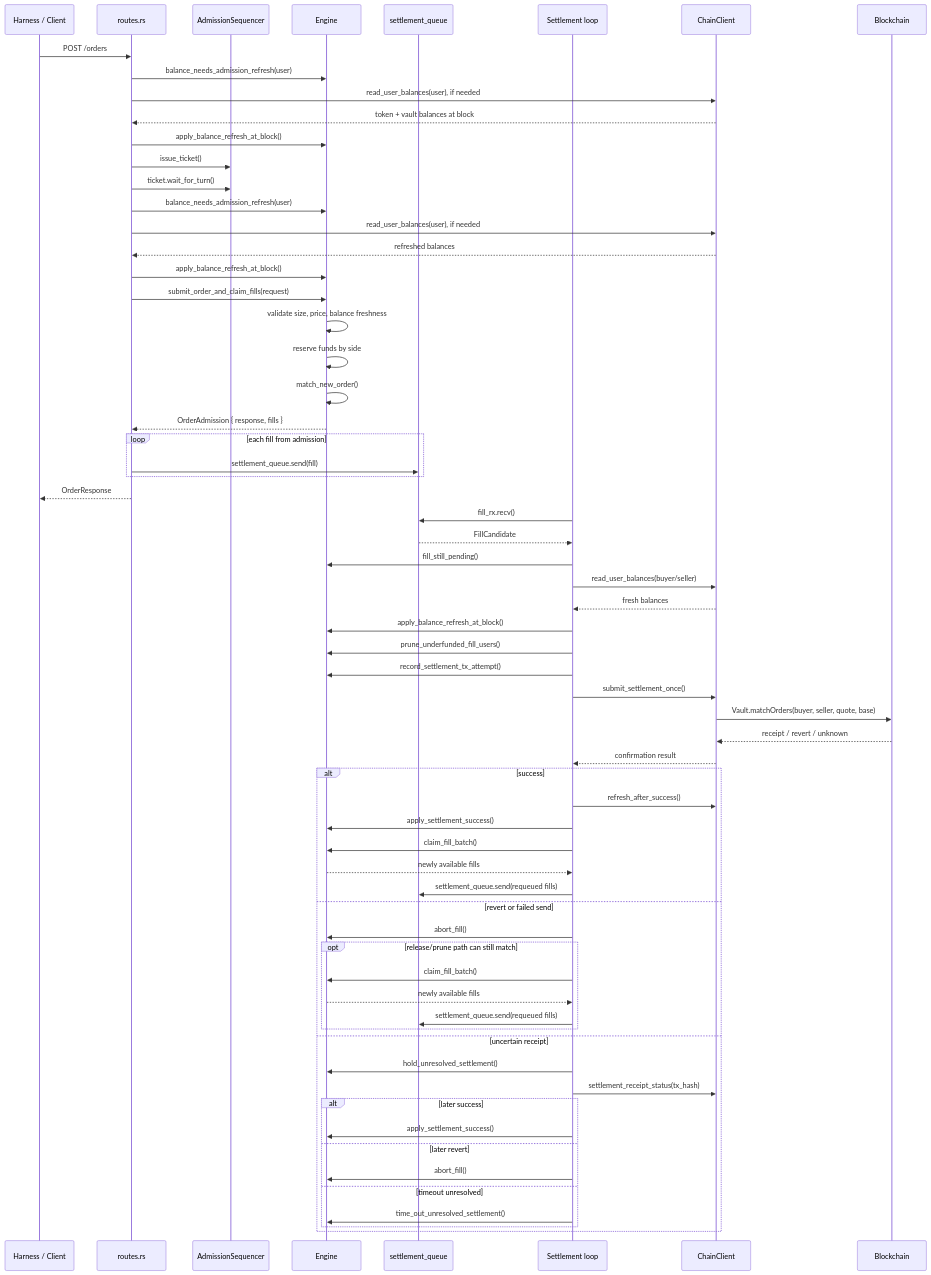
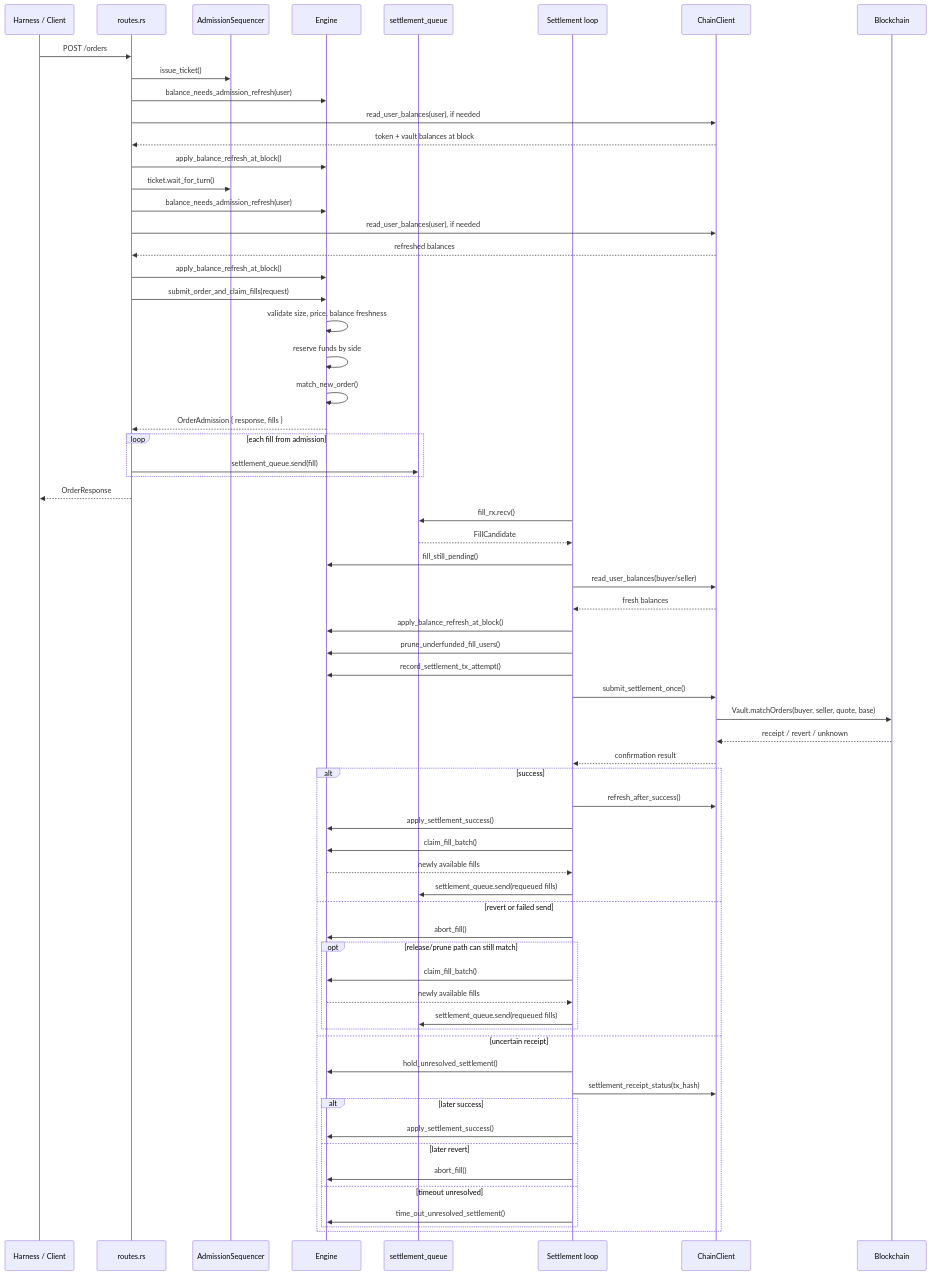
The second of 2 diagrams in notes_wip.md (AJclemendor/vault-exercise), drawn with Mermaid before and after one commit. The commit also changed other lines of this file, not shown here.

````diff
--- a/notes_wip.md
+++ b/notes_wip.md
@@ -118,76 +120,77 @@
 ```mermaid
 sequenceDiagram
     participant H as Harness / Client
     participant R as routes.rs
     participant S as AdmissionSequencer
     participant E as Engine
     participant Q as settlement_queue
     participant T as Settlement loop
     participant C as ChainClient
     participant B as Blockchain
 
     H->>R: POST /orders
+    R->>S: issue_ticket()
+
     R->>E: balance_needs_admission_refresh(user)
     R->>C: read_user_balances(user), if needed
     C-->>R: token + vault balances at block
     R->>E: apply_balance_refresh_at_block()
 
-    R->>S: issue_ticket()
     R->>S: ticket.wait_for_turn()
 
     R->>E: balance_needs_admission_refresh(user)
     R->>C: read_user_balances(user), if needed
     C-->>R: refreshed balances
     R->>E: apply_balance_refresh_at_block()
 
     R->>E: submit_order_and_claim_fills(request)
     E->>E: validate size, price, balance freshness
     E->>E: reserve funds by side
     E->>E: match_new_order()
     E-->>R: OrderAdmission { response, fills }
 
     loop each fill from admission
         R->>Q: settlement_queue.send(fill)
     end
     R-->>H: OrderResponse
 
     T->>Q: fill_rx.recv()
     Q-->>T: FillCandidate
 
     T->>E: fill_still_pending()
     T->>C: read_user_balances(buyer/seller)
     C-->>T: fresh balances
     T->>E: apply_balance_refresh_at_block()
     T->>E: prune_underfunded_fill_users()
     T->>E: record_settlement_tx_attempt()
 
     T->>C: submit_settlement_once()
     C->>B: Vault.matchOrders(buyer, seller, quote, base)
     B-->>C: receipt / revert / unknown
     C-->>T: confirmation result
 
     alt success
         T->>C: refresh_after_success()
         T->>E: apply_settlement_success()
         T->>E: claim_fill_batch()
         E-->>T: newly available fills
         T->>Q: settlement_queue.send(requeued fills)
     else revert or failed send
         T->>E: abort_fill()
         opt release/prune path can still match
             T->>E: claim_fill_batch()
             E-->>T: newly available fills
             T->>Q: settlement_queue.send(requeued fills)
         end
     else uncertain receipt
         T->>E: hold_unresolved_settlement()
         T->>C: settlement_receipt_status(tx_hash)
         alt later success
             T->>E: apply_settlement_success()
         else later revert
             T->>E: abort_fill()
         else timeout unresolved
             T->>E: time_out_unresolved_settlement()
         end
     end
 ```
````
